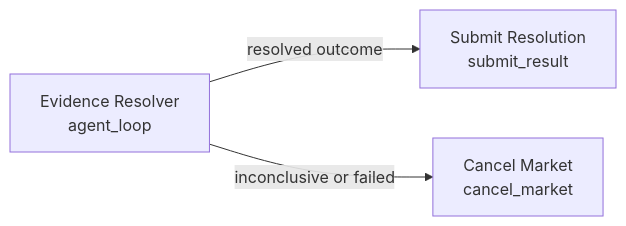
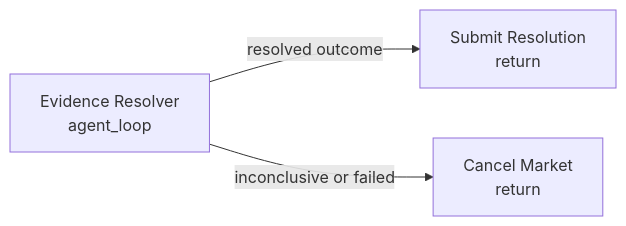
The diagram in docs/examples/evidence-dossier-agent/README.md (qmrkt/resolution-engine), drawn with Mermaid before and after one commit. The commit also changed 86 other files, not shown here.

````diff
--- a/docs/examples/evidence-dossier-agent/README.md
+++ b/docs/examples/evidence-dossier-agent/README.md
@@ -12,9 +12,9 @@
 ```mermaid
 flowchart LR
   resolver["Evidence Resolver<br/>agent_loop"]
-  submit["Submit Resolution<br/>submit_result"]
-  cancel["Cancel Market<br/>cancel_market"]
+  submit["Submit Resolution<br/>return"]
+  cancel["Cancel Market<br/>return"]
 
   resolver -->|"resolved outcome"| submit
   resolver -->|"inconclusive or failed"| cancel
 ```
````
